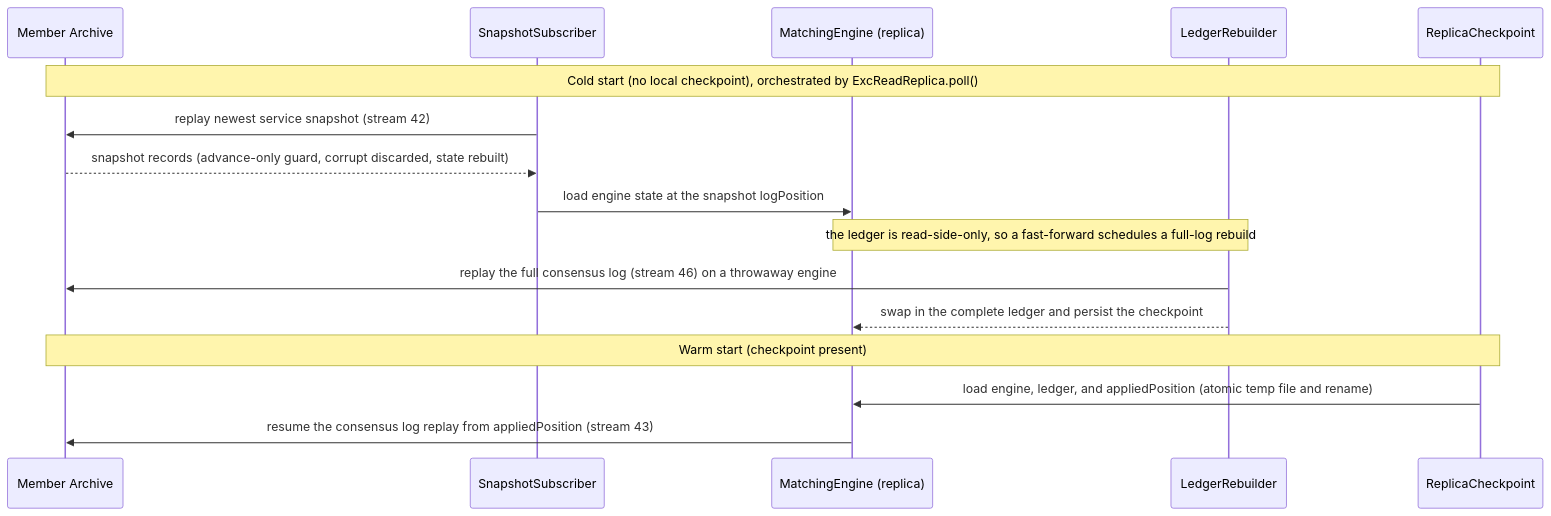
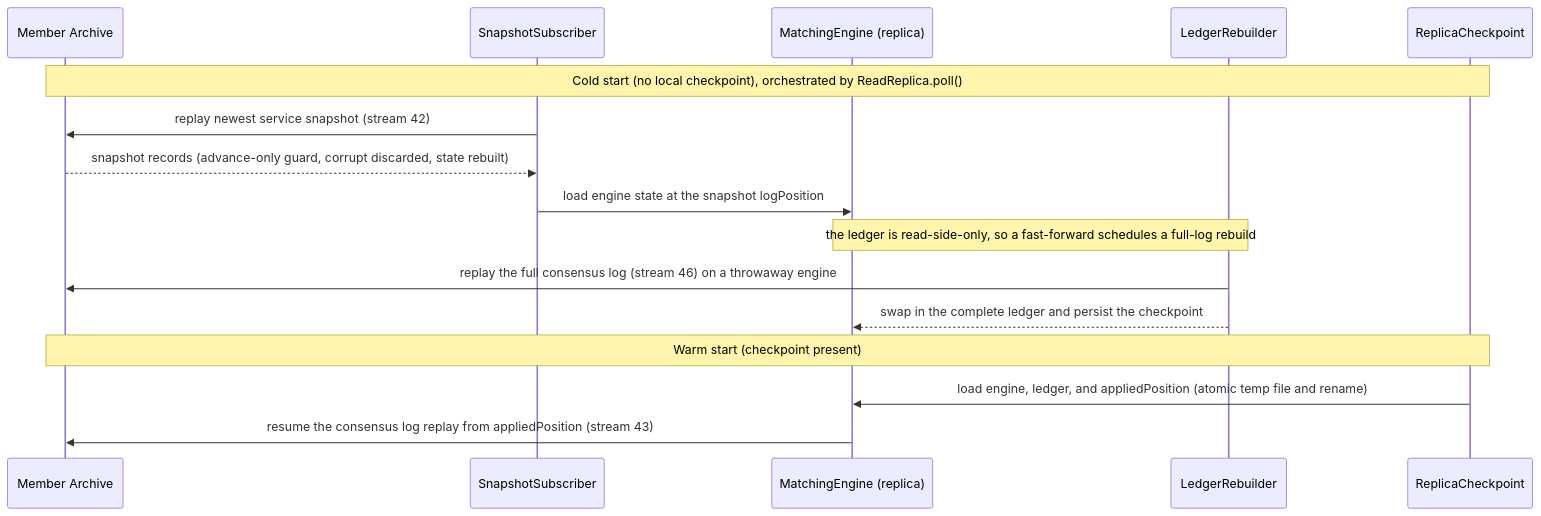
Before and after one commit to brianpht/excoredum: the eighth of 10 diagrams in docs/ARCHITECTURE.md, drawn with Mermaid. The commit also changed other lines of this file and 60 other files, not shown here.

````diff
--- a/docs/ARCHITECTURE.md
+++ b/docs/ARCHITECTURE.md
@@ -983,20 +983,20 @@
 ```mermaid
 sequenceDiagram
     participant AR as Member Archive
     participant SS as SnapshotSubscriber
     participant ME as MatchingEngine (replica)
     participant LR as LedgerRebuilder
     participant CP as ReplicaCheckpoint
 
-    Note over AR,CP: Cold start (no local checkpoint), orchestrated by ExcReadReplica.poll()
+    Note over AR,CP: Cold start (no local checkpoint), orchestrated by ReadReplica.poll()
     SS ->> AR: replay newest service snapshot (stream 42)
     AR -->> SS: snapshot records (advance-only guard, corrupt discarded, state rebuilt)
     SS ->> ME: load engine state at the snapshot logPosition
     Note over ME,LR: the ledger is read-side-only, so a fast-forward schedules a full-log rebuild
     LR ->> AR: replay the full consensus log (stream 46) on a throwaway engine
     LR -->> ME: swap in the complete ledger and persist the checkpoint
 
     Note over AR,CP: Warm start (checkpoint present)
     CP ->> ME: load engine, ledger, and appliedPosition (atomic temp file and rename)
     ME ->> AR: resume the consensus log replay from appliedPosition (stream 43)
 ```
````
